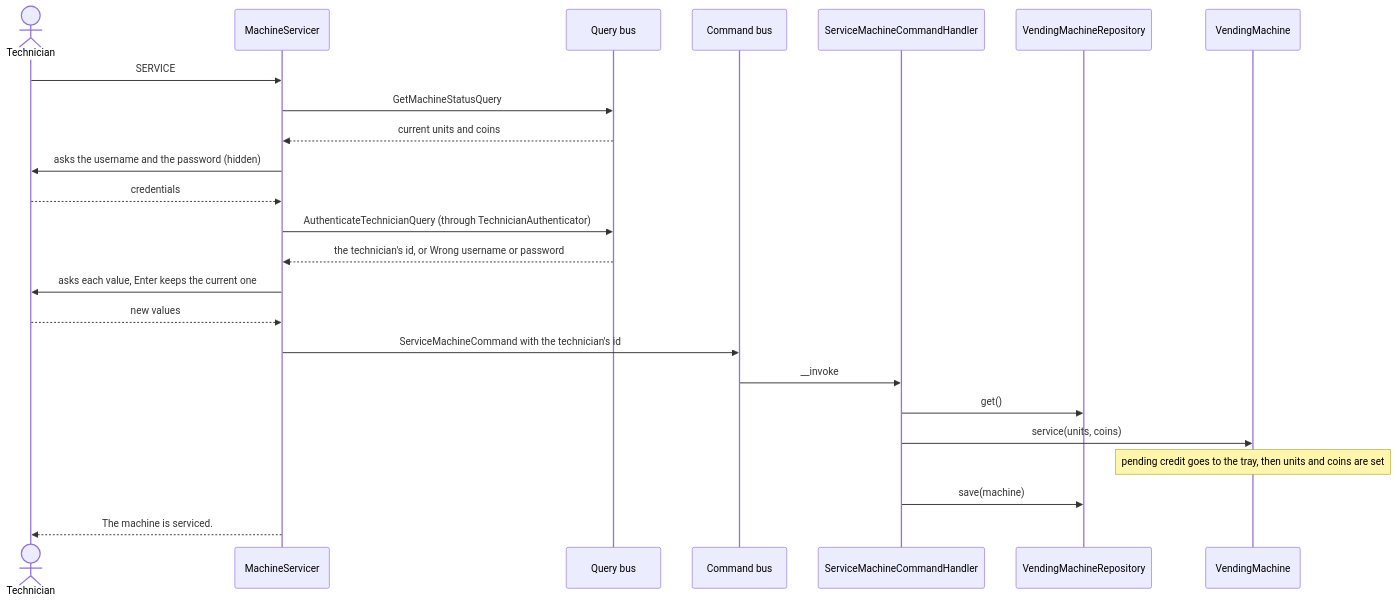
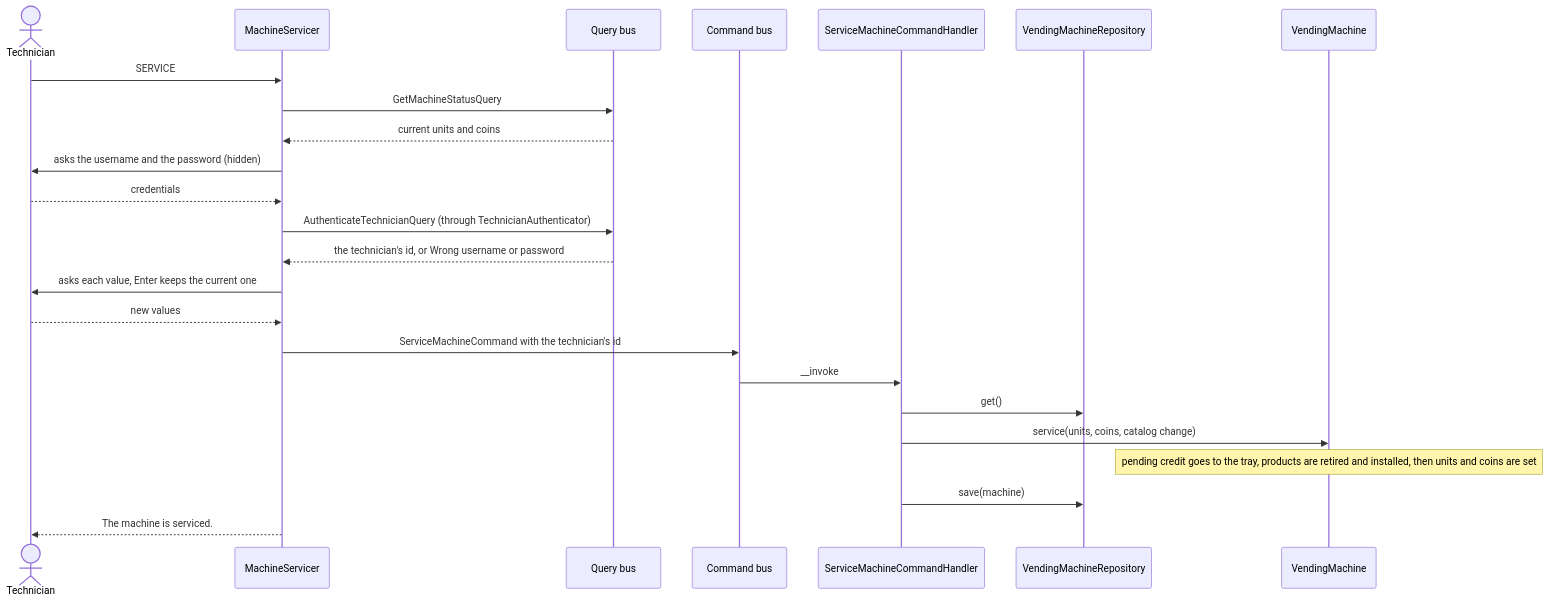
The seventh of 9 diagrams in docs/design.md (prubiella/vending-machine-challenge), drawn with Mermaid before and after one commit. The commit also changed other lines of this file and 1 other file, not shown here.

Commit message:
docs: describe how a technician adds, retires and reprices products

````diff
--- a/docs/design.md
+++ b/docs/design.md
@@ -356,26 +364,26 @@
 ```mermaid
 sequenceDiagram
     actor Technician
     participant Console as MachineServicer
     participant QBus as Query bus
     participant CBus as Command bus
     participant Handler as ServiceMachineCommandHandler
     participant Repo as VendingMachineRepository
     participant Machine as VendingMachine
     Technician->>Console: SERVICE
     Console->>QBus: GetMachineStatusQuery
     QBus-->>Console: current units and coins
     Console->>Technician: asks the username and the password (hidden)
     Technician-->>Console: credentials
     Console->>QBus: AuthenticateTechnicianQuery (through TechnicianAuthenticator)
     QBus-->>Console: the technician's id, or Wrong username or password
     Console->>Technician: asks each value, Enter keeps the current one
     Technician-->>Console: new values
     Console->>CBus: ServiceMachineCommand with the technician's id
     CBus->>Handler: __invoke
     Handler->>Repo: get()
-    Handler->>Machine: service(units, coins)
-    Note over Machine: pending credit goes to the tray, then units and coins are set
+    Handler->>Machine: service(units, coins, catalog change)
+    Note over Machine: pending credit goes to the tray, products are retired and installed, then units and coins are set
     Handler->>Repo: save(machine)
     Console-->>Technician: The machine is serviced.
 ```
````
